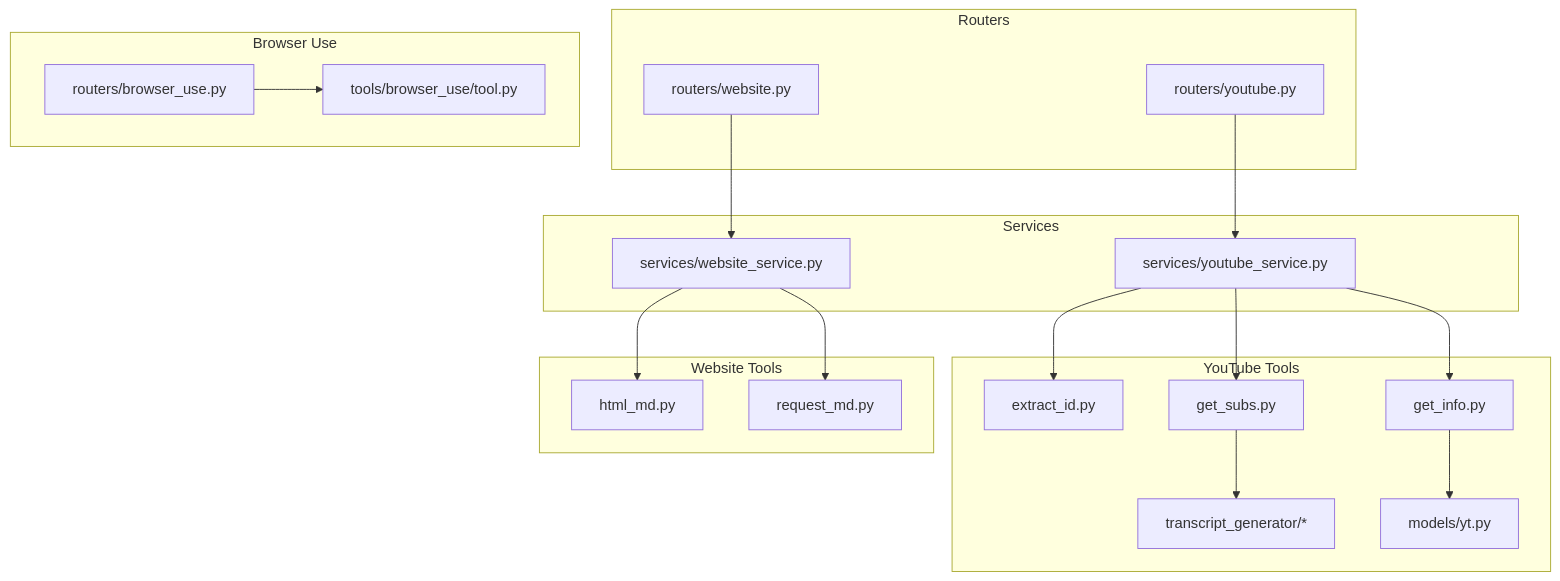
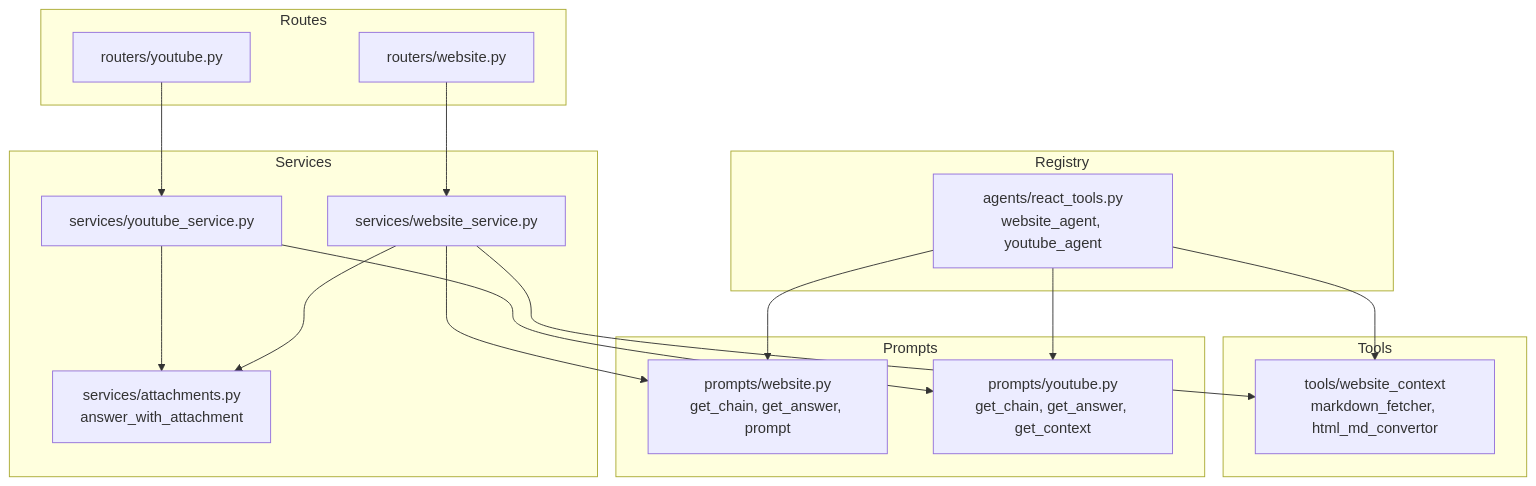
One commit to tashifkhan/tashif.codes changed the first of 4 diagrams in src/data/docs/agentic-browser/Tool System/Content Processing and Extraction Tools.md. Above: the diagram before and after it, drawn with Mermaid. The commit also changed other lines of this file and 114 other files, not shown here.

````diff
--- a/src/data/docs/agentic-browser/Tool System/Content Processing and Extraction Tools.md
+++ b/src/data/docs/agentic-browser/Tool System/Content Processing and Extraction Tools.md
@@ -14,36 +19,32 @@
 ```mermaid
 graph TB
-subgraph "YouTube Tools"
-YID["extract_id.py"]
-YINFO["get_info.py"]
-YSUB["get_subs.py"]
-YTGEN["transcript_generator/*"]
-YMODEL["models/yt.py"]
-end
-subgraph "Website Tools"
-WHTML["html_md.py"]
-WREQ["request_md.py"]
-end
-subgraph "Services"
-YSERV["services/youtube_service.py"]
-WSERV["services/website_service.py"]
-end
-subgraph "Routers"
-YROUTER["routers/youtube.py"]
-WROUTER["routers/website.py"]
-end
-subgraph "Browser Use"
-BTASK["tools/browser_use/tool.py"]
-BRROUTER["routers/browser_use.py"]
-end
-YROUTER --> YSERV
-YSERV --> YID
-YSERV --> YINFO
-YSERV --> YSUB
-YINFO --> YMODEL
-YSUB --> YTGEN
-WROUTER --> WSERV
-WSERV --> WHTML
-WSERV --> WREQ
-BRROUTER --> BTASK
+  subgraph Registry
+    RT["agents/react_tools.py<br/>website_agent, youtube_agent"]
+  end
+  subgraph Prompts
+    WP["prompts/website.py<br/>get_chain, get_answer, prompt"]
+    YP["prompts/youtube.py<br/>get_chain, get_answer, get_context"]
+  end
+  subgraph Tools
+    WC["tools/website_context<br/>markdown_fetcher, html_md_convertor"]
+  end
+  subgraph Services
+    WS["services/website_service.py"]
+    YS["services/youtube_service.py"]
+    AT["services/attachments.py<br/>answer_with_attachment"]
+  end
+  subgraph Routes
+    WR["routers/website.py"]
+    YR["routers/youtube.py"]
+  end
+  RT --> WP
+  RT --> YP
+  RT --> WC
+  WR --> WS
+  YR --> YS
+  WS --> WC
+  WS --> WP
+  WS --> AT
+  YS --> YP
+  YS --> AT
 ```
````
